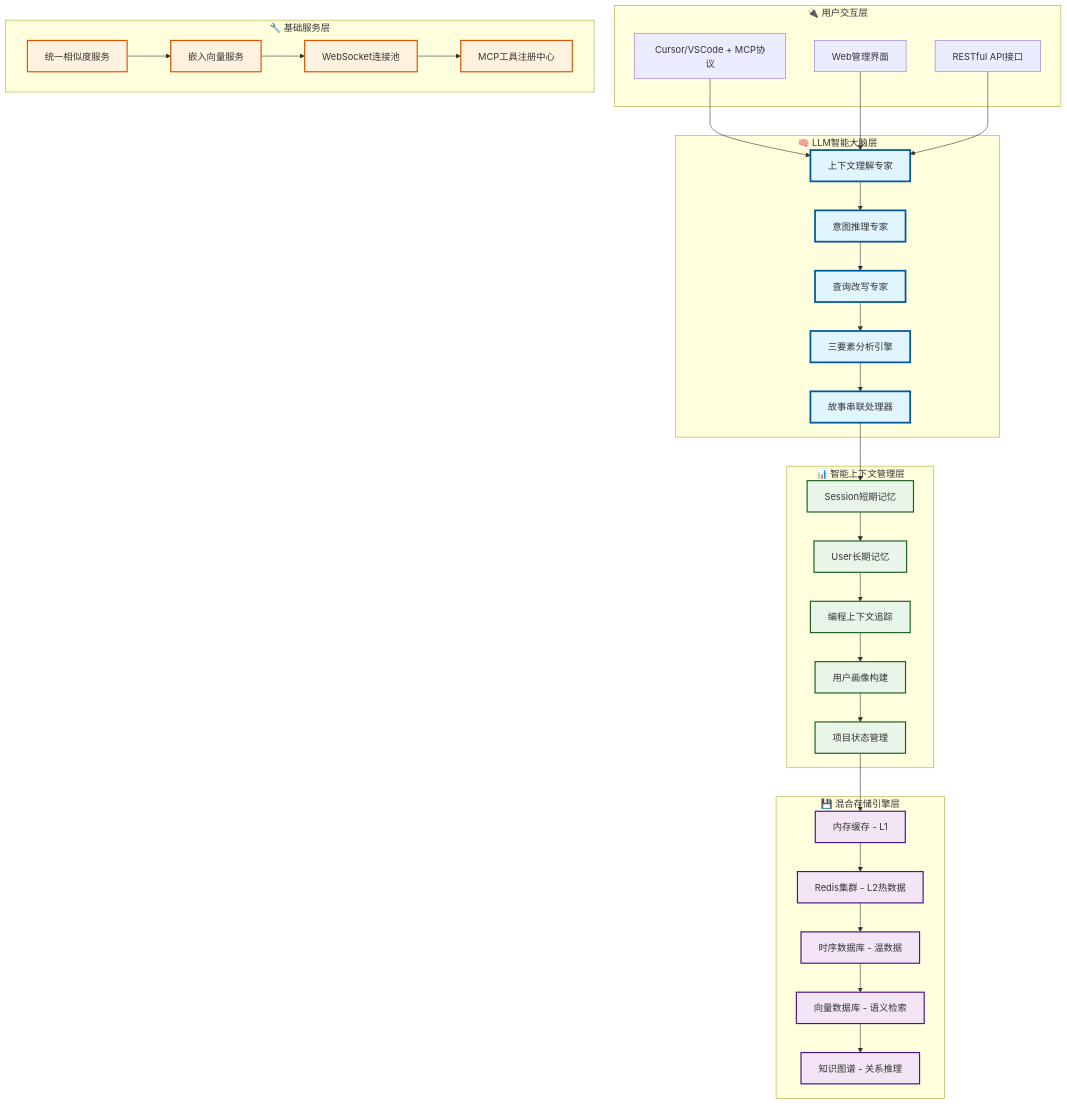
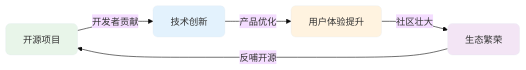
The fifth of 5 diagrams in README.md (redleaves/context-keeper), drawn with Mermaid before and after one commit. The commit also changed other lines of this file and 194 other files, not shown here.

````diff
--- a/README.md
+++ b/README.md
@@ -131,74 +822,13 @@
 ```mermaid
-graph TB
-    subgraph "🔌 用户交互层"
-        A[Cursor/VSCode + MCP协议]
-        B[Web管理界面]
-        C[RESTful API接口]
-    end
+%%{init: {'theme':'base', 'themeVariables': {'fontSize':'16px', 'fontFamily':'Arial, sans-serif'}}}%%
+graph LR
+    A[开源项目] -->|开发者贡献| B[技术创新]
+    B -->|产品优化| C[用户体验提升]
+    C -->|社区壮大| D[生态繁荣]
+    D -->|反哺开源| A
     
-    subgraph "🧠 LLM智能大脑层"
-        D[上下文理解专家]
-        E[意图推理专家] 
-        F[查询改写专家]
-        G[三要素分析引擎]
-        H[故事串联处理器]
-    end
-    
-    subgraph "📊 智能上下文管理层"
-        I[Session短期记忆]
-        J[User长期记忆]
-        K[编程上下文追踪]
-        L[用户画像构建]
-        M[项目状态管理]
-    end
-    
-    subgraph "💾 混合存储引擎层"
-        N[内存缓存 - L1]
-        O[Redis集群 - L2热数据] 
-        P[时序数据库 - 温数据]
-        Q[向量数据库 - 语义检索]
-        R[知识图谱 - 关系推理]
-    end
-    
-    subgraph "🔧 基础服务层"
-        S[统一相似度服务]
-        T[嵌入向量服务]
-        U[WebSocket连接池]
-        V[MCP工具注册中心]
-    end
-    
-    A --> D
-    B --> D
-    C --> D
-    
-    D --> E
-    E --> F
-    F --> G
-    G --> H
-    
-    H --> I
-    I --> J
-    J --> K
-    K --> L
-    L --> M
-    
-    M --> N
-    N --> O
-    O --> P
-    P --> Q
-    Q --> R
-    
-    S --> T
-    T --> U
-    U --> V
-    
-    classDef llm fill:#e1f5fe,stroke:#01579b,stroke-width:3px
-    classDef context fill:#e8f5e8,stroke:#1b5e20,stroke-width:2px
-    classDef storage fill:#f3e5f5,stroke:#4a148c,stroke-width:2px
-    classDef service fill:#fff3e0,stroke:#e65100,stroke-width:2px
-    
-    class D,E,F,G,H llm
-    class I,J,K,L,M context
-    class N,O,P,Q,R storage
-    class S,T,U,V service
+    style A fill:#e8f5e9,stroke:#e2e8f0,stroke-width:0.5px,rx:8,ry:8
+    style B fill:#e3f2fd,stroke:#e2e8f0,stroke-width:0.5px,rx:8,ry:8
+    style C fill:#fff3e0,stroke:#e2e8f0,stroke-width:0.5px,rx:8,ry:8
+    style D fill:#f3e5f5,stroke:#e2e8f0,stroke-width:0.5px,rx:8,ry:8
 ```
````
